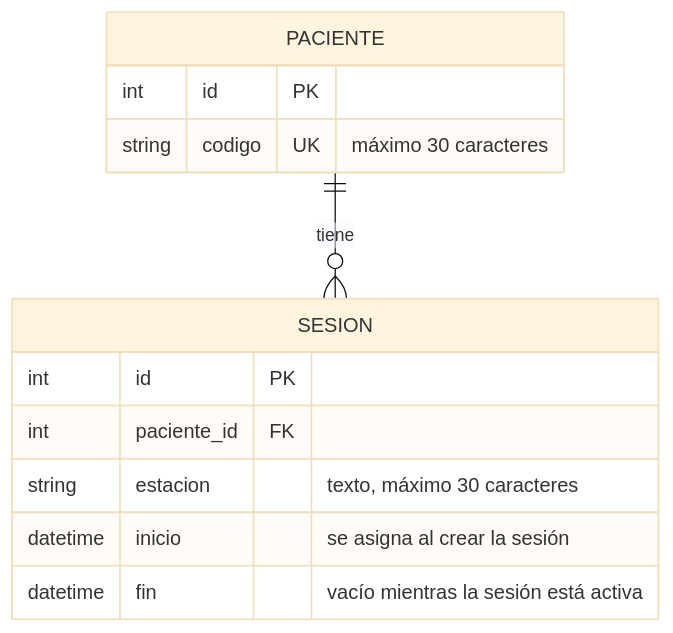
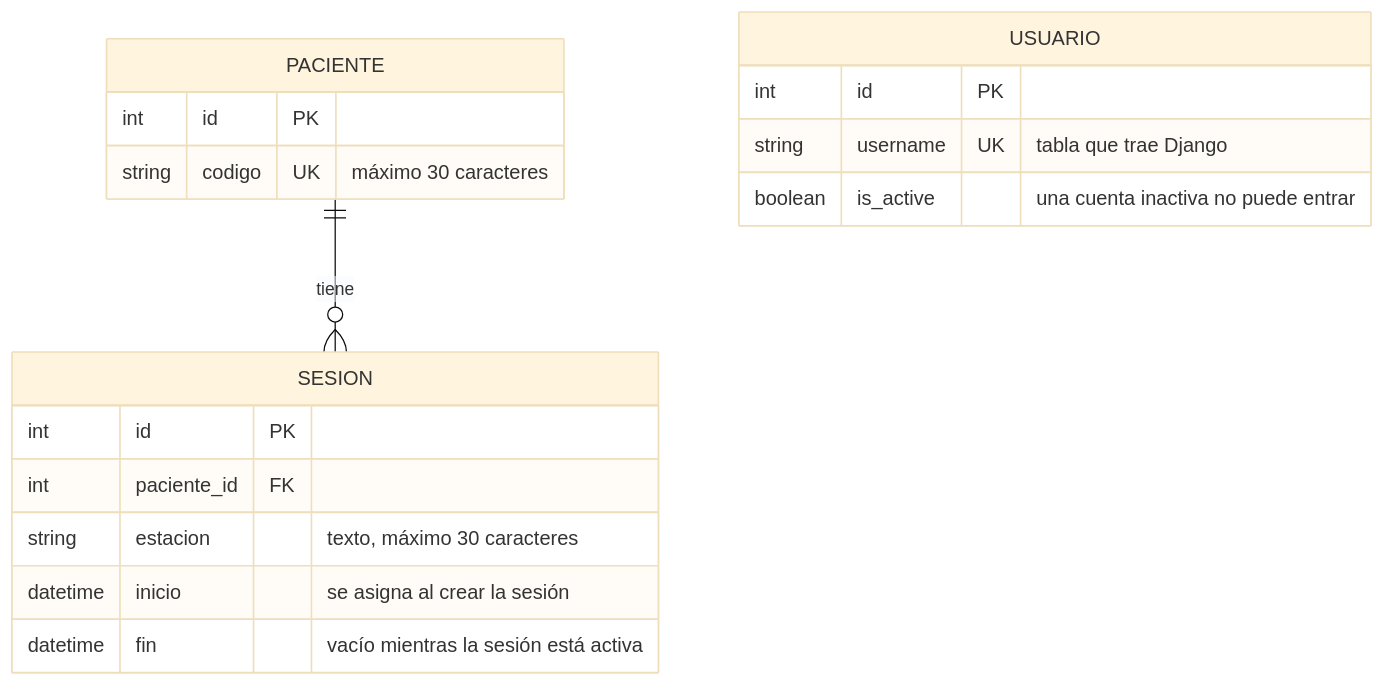
Before and after one commit to Darix-io/Proyecto-hemo-vision-alert: the diagram in docs/diagramas/modelo-de-datos-actual.md, drawn with Mermaid (base theme). The commit also changed other lines of this file and 2 other files, not shown here.

Commit message:
docs: actualiza los diagramas con las sesiones y el inicio de sesión

````diff
--- a/docs/diagramas/modelo-de-datos-actual.md
+++ b/docs/diagramas/modelo-de-datos-actual.md
@@ -11,15 +11,20 @@
 ```mermaid
 erDiagram
     PACIENTE ||--o{ SESION : "tiene"
     PACIENTE {
         int id PK
         string codigo UK "máximo 30 caracteres"
     }
     SESION {
         int id PK
         int paciente_id FK
         string estacion "texto, máximo 30 caracteres"
         datetime inicio "se asigna al crear la sesión"
         datetime fin "vacío mientras la sesión está activa"
     }
+    USUARIO {
+        int id PK
+        string username UK "tabla que trae Django"
+        boolean is_active "una cuenta inactiva no puede entrar"
+    }
 ```
````
